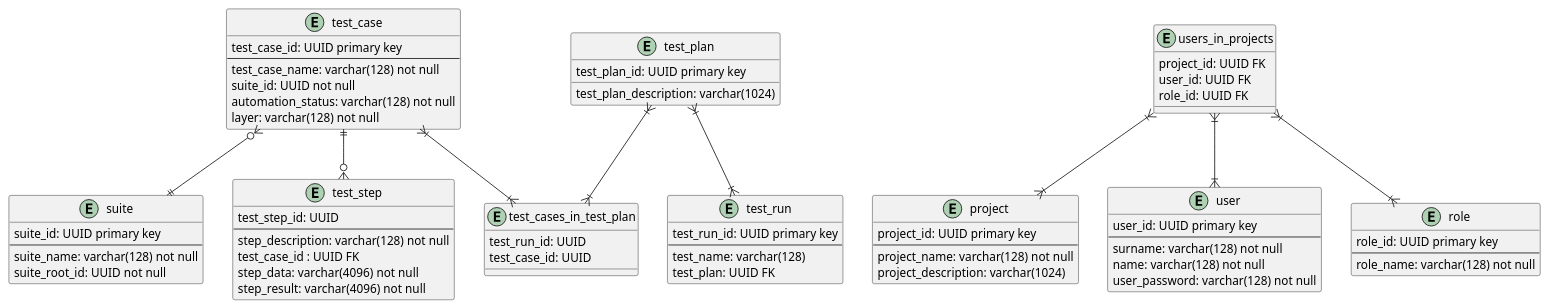
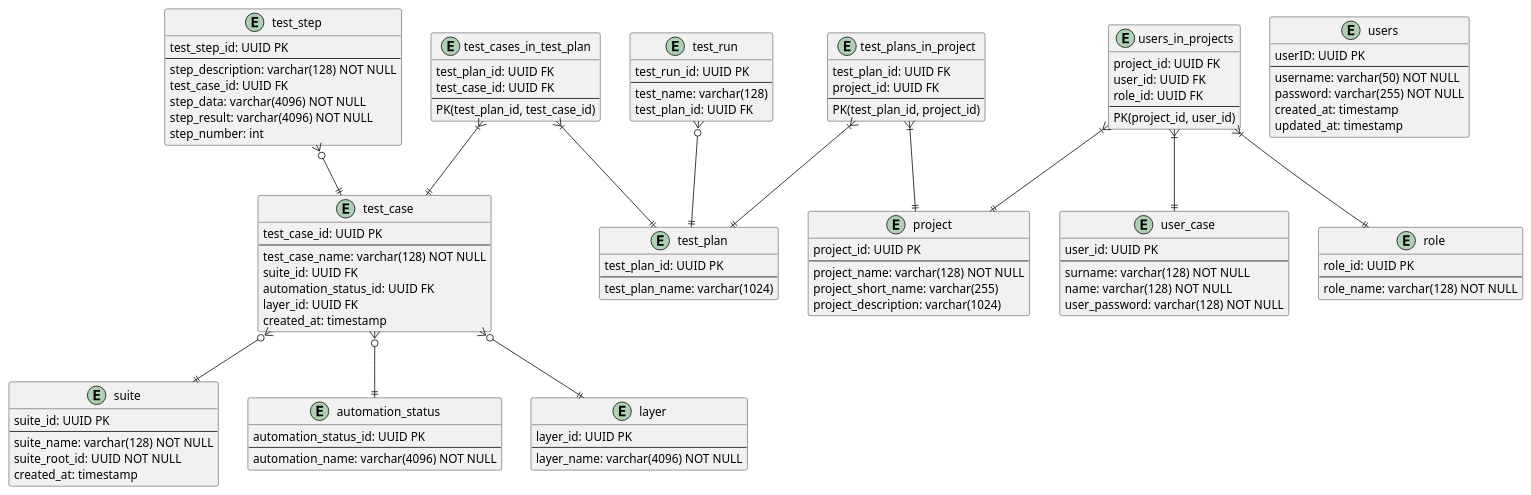
Before and after one commit to Danlaysma54/LPR-case-Back: the diagram in src/main/resources/db.puml, drawn with PlantUML.

Commit message:
edit puml

```diff
--- a/src/main/resources/db.puml
+++ b/src/main/resources/db.puml
@@ -1,71 +1,127 @@
 @startuml
-
 entity "suite" as suite {
-suite_id: UUID primary key
----
-suite_name: varchar(128) not null
-suite_root_id: UUID not null
+  suite_id: UUID PK
+  --
+  suite_name: varchar(128) NOT NULL
+  suite_root_id: UUID NOT NULL
+  created_at: timestamp
 }
 
 entity "test_case" as test_case {
-test_case_id: UUID primary key
----
-test_case_name: varchar(128) not null
-suite_id: UUID not null
-automation_status: varchar(128) not null
-layer: varchar(128) not null
+  test_case_id: UUID PK
+  --
+  test_case_name: varchar(128) NOT NULL
+  suite_id: UUID FK
+  automation_status_id: UUID FK
+  layer_id: UUID FK
+  created_at: timestamp
 }
+
+entity "test_step" as test_step {
+  test_step_id: UUID PK
+  --
+  step_description: varchar(128) NOT NULL
+  test_case_id: UUID FK
+  step_data: varchar(4096) NOT NULL
+  step_result: varchar(4096) NOT NULL
+  step_number: int
+}
+
+entity "automation_status" as automation_status {
+  automation_status_id: UUID PK
+  --
+  automation_name: varchar(4096) NOT NULL
+}
+
+entity "layer" as layer {
+  layer_id: UUID PK
+  --
+  layer_name: varchar(4096) NOT NULL
+}
+
 entity "project" as project {
-project_id: UUID primary key
----
-project_name: varchar(128) not null
-project_description: varchar(1024)
+  project_id: UUID PK
+  --
+  project_name: varchar(128) NOT NULL
+  project_short_name: varchar(255)
+  project_description: varchar(1024)
 }
-entity "test_plan" as test_plan{
-test_plan_id: UUID primary key
-test_plan_description: varchar(1024)
+
+entity "test_plan" as test_plan {
+  test_plan_id: UUID PK
+  --
+  test_plan_name: varchar(1024)
 }
-entity "test_run" as test_run{
-test_run_id: UUID primary key
----
-test_name: varchar(128)
-test_plan: UUID FK
+
+entity "test_run" as test_run {
+  test_run_id: UUID PK
+  --
+  test_name: varchar(128)
+  test_plan_id: UUID FK
 }
-entity test_cases_in_test_plan{
-test_run_id: UUID
-test_case_id: UUID
+
+entity "test_cases_in_test_plan" as test_cases_in_test_plan {
+  test_plan_id: UUID FK
+  test_case_id: UUID FK
+  --
+  PK(test_plan_id, test_case_id)
 }
-entity user{
-user_id: UUID primary key
----
-surname: varchar(128) not null
-name: varchar(128) not null
-user_password: varchar(128) not null
+
+entity "test_plans_in_project" as test_plans_in_project {
+  test_plan_id: UUID FK
+  project_id: UUID FK
+  --
+  PK(test_plan_id, project_id)
 }
-entity users_in_projects{
-project_id: UUID FK
-user_id: UUID FK
-role_id: UUID FK
+
+entity "user_case" as user_case {
+  user_id: UUID PK
+  --
+  surname: varchar(128) NOT NULL
+  name: varchar(128) NOT NULL
+  user_password: varchar(128) NOT NULL
 }
-entity role{
-role_id: UUID primary key
----
-role_name: varchar(128) not null
+
+entity "role" as role {
+  role_id: UUID PK
+  --
+  role_name: varchar(128) NOT NULL
 }
-entity test_step{
-test_step_id: UUID
----
-step_description: varchar(128) not null
-test_case_id : UUID FK
-step_data: varchar(4096) not null
-step_result: varchar(4096) not null
+
+entity "users_in_projects" as users_in_projects {
+  project_id: UUID FK
+  user_id: UUID FK
+  role_id: UUID FK
+  --
+  PK(project_id, user_id)
 }
-test_case||--o{test_step
-test_plan}|--|{test_run
-users_in_projects}|--|{role
-users_in_projects}|--|{project
-users_in_projects}|--|{user
-test_case}|--|{test_cases_in_test_plan
-test_plan}|--|{test_cases_in_test_plan
-test_case}o--||suite
+
+entity "users" as users {
+  userID: UUID PK
+  --
+  username: varchar(50) NOT NULL
+  password: varchar(255) NOT NULL
+  created_at: timestamp
+  updated_at: timestamp
+}
+
+' ====== Relationships ======
+
+test_case }o--|| suite
+test_case }o--|| automation_status
+test_case }o--|| layer
+
+test_step }o--|| test_case
+
+test_cases_in_test_plan }|--|| test_case
+test_cases_in_test_plan }|--|| test_plan
+
+test_run }o--|| test_plan
+
+test_plans_in_project }|--|| project
+test_plans_in_project }|--|| test_plan
+
+users_in_projects }|--|| user_case
+users_in_projects }|--|| role
+users_in_projects }|--|| project
 @enduml
```
